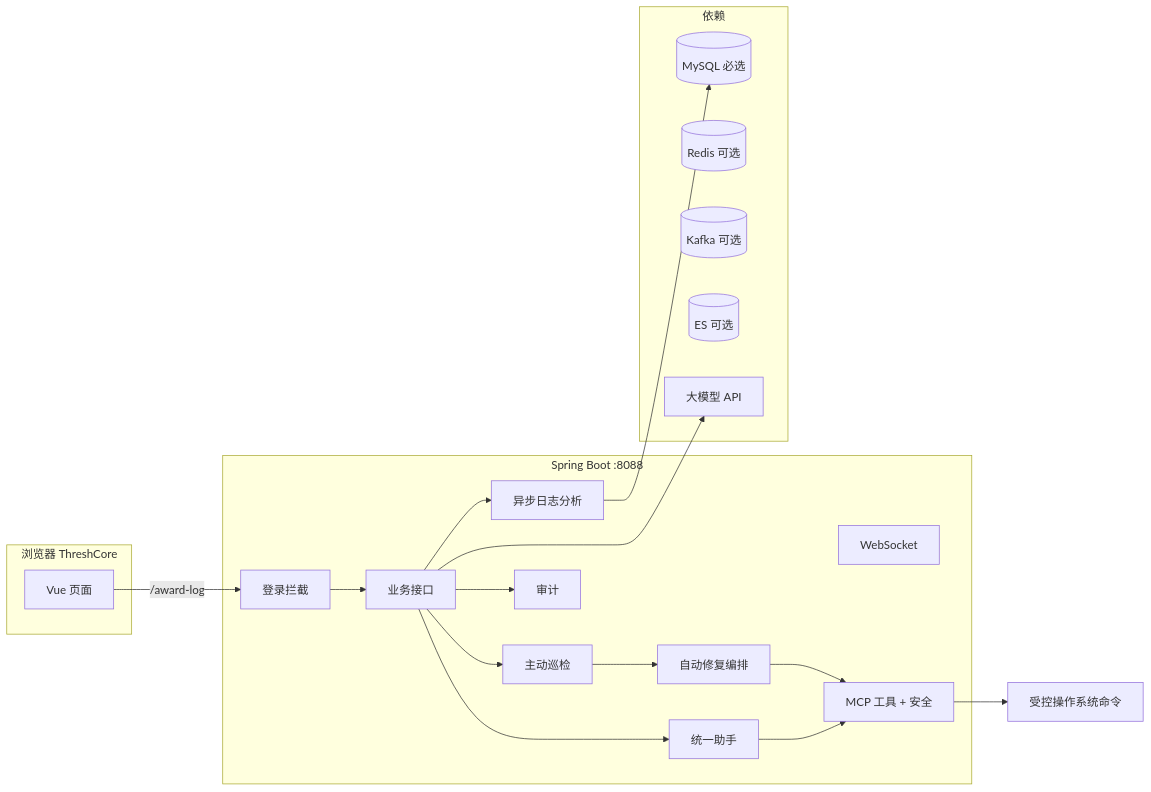
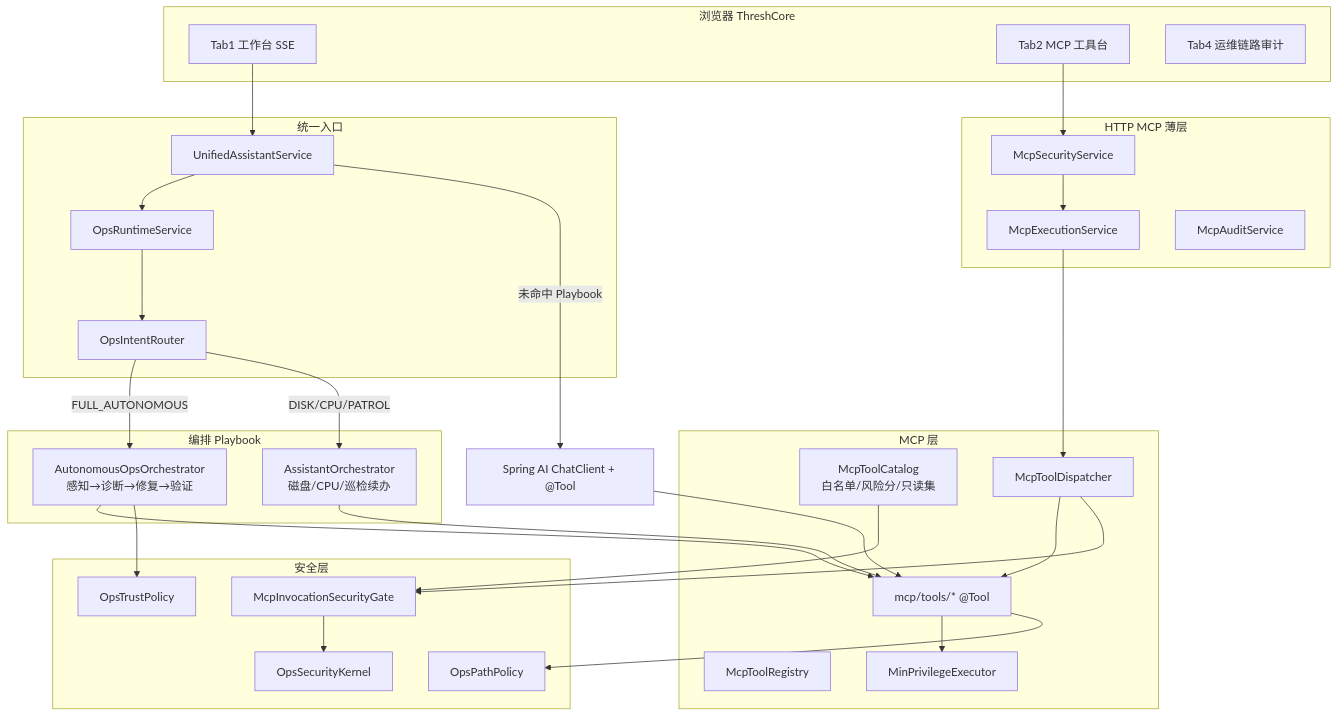
The diagram in README.md (zhaokai0604/-agent), drawn with Mermaid before and after one commit. The commit also changed other lines of this file and 130 other files, not shown here.

````diff
--- a/README.md
+++ b/README.md
@@ -349,31 +101,60 @@
 ```mermaid
-flowchart LR
-  subgraph client[浏览器 ThreshCore]
-    FE[Vue 页面]
+flowchart TB
+  subgraph ui[浏览器 ThreshCore]
+    T1[Tab1 工作台 SSE]
+    T2[Tab2 MCP 工具台]
+    T4[Tab4 运维链路审计]
   end
-  subgraph server[Spring Boot :8088]
-    GW[登录拦截]
-    REST[业务接口]
-    WS[WebSocket]
-    PAT[主动巡检]
-    REM[自动修复编排]
-    JOB[异步日志分析]
-    MCP[MCP 工具 + 安全]
-    UA[统一助手]
-    AUD[审计]
+
+  subgraph entry[统一入口]
+    UAS[UnifiedAssistantService]
+    ORS[OpsRuntimeService]
+    OIR[OpsIntentRouter]
   end
-  subgraph deps[依赖]
-    MY[(MySQL 必选)]
-    RD[(Redis 可选)]
-    KF[(Kafka 可选)]
-    ES[(ES 可选)]
-    LLM[大模型 API]
+
+  subgraph playbooks[编排 Playbook]
+    AOO[AutonomousOpsOrchestrator<br/>感知→诊断→修复→验证]
+    ASO[AssistantOrchestrator<br/>磁盘/CPU/巡检续办]
   end
-  FE -->|/award-log| GW --> REST
-  REST --> PAT --> REM --> MCP
-  REST --> JOB --> MY
-  REST --> UA --> MCP
-  REST --> AUD
-  REST --> LLM
-  MCP --> OS[受控操作系统命令]
+
+  subgraph mcp[MCP 层]
+    CAT[McpToolCatalog<br/>白名单/风险分/只读集]
+    REG[McpToolRegistry]
+    DISP[McpToolDispatcher]
+    TOOLS[mcp/tools/* @Tool]
+    MPE[MinPrivilegeExecutor]
+  end
+
+  subgraph mcpHttp[HTTP MCP 薄层]
+    SECSVC[McpSecurityService]
+    EXSVC[McpExecutionService]
+    AUDSVC[McpAuditService]
+  end
+
+  subgraph sec[安全层]
+    GATE[McpInvocationSecurityGate]
+    KERNEL[OpsSecurityKernel]
+    PATH[OpsPathPolicy]
+    TRUST[OpsTrustPolicy]
+  end
+
+  T1 --> UAS
+  UAS --> ORS
+  ORS --> OIR
+  OIR -->|FULL_AUTONOMOUS| AOO
+  OIR -->|DISK/CPU/PATROL| ASO
+  UAS -->|未命中 Playbook| LLM[Spring AI ChatClient + @Tool]
+  T2 --> SECSVC
+  SECSVC --> EXSVC
+  EXSVC --> DISP
+  DISP --> TOOLS
+  CAT --> GATE
+  TOOLS --> MPE
+  AOO --> TOOLS
+  ASO --> TOOLS
+  LLM --> TOOLS
+  DISP --> GATE
+  GATE --> KERNEL
+  TOOLS --> PATH
+  AOO --> TRUST
 ```
````
